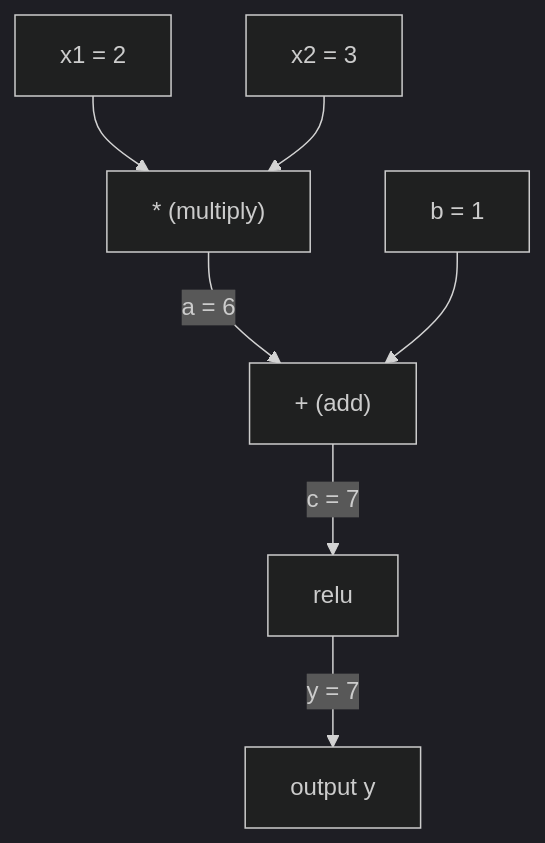
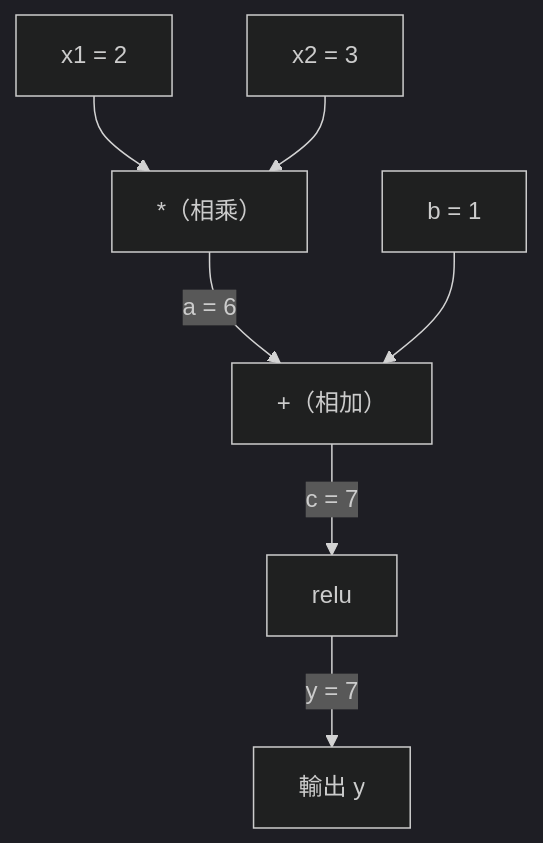
Before and after one commit to edward821220/ai-engineering-from-scratch: the first of 2 diagrams in i18n/zh-TW/phases/01-math-foundations/05-chain-rule-and-autodiff/docs/zh-TW.md, drawn with Mermaid (dark theme). The commit also changed other lines of this file and 123 other files, not shown here.

````diff
--- a/i18n/zh-TW/phases/01-math-foundations/05-chain-rule-and-autodiff/docs/zh-TW.md
+++ b/i18n/zh-TW/phases/01-math-foundations/05-chain-rule-and-autodiff/docs/zh-TW.md
@@ -64,9 +64,9 @@
 ```mermaid
 graph TD
-    x1["x1 = 2"] --> mul["* (multiply)"]
+    x1["x1 = 2"] --> mul["*（相乘）"]
     x2["x2 = 3"] --> mul
-    mul -->|"a = 6"| add["+ (add)"]
+    mul -->|"a = 6"| add["+（相加）"]
     b["b = 1"] --> add
     add -->|"c = 7"| relu["relu"]
-    relu -->|"y = 7"| y["output y"]
+    relu -->|"y = 7"| y["輸出 y"]
 ```
````
